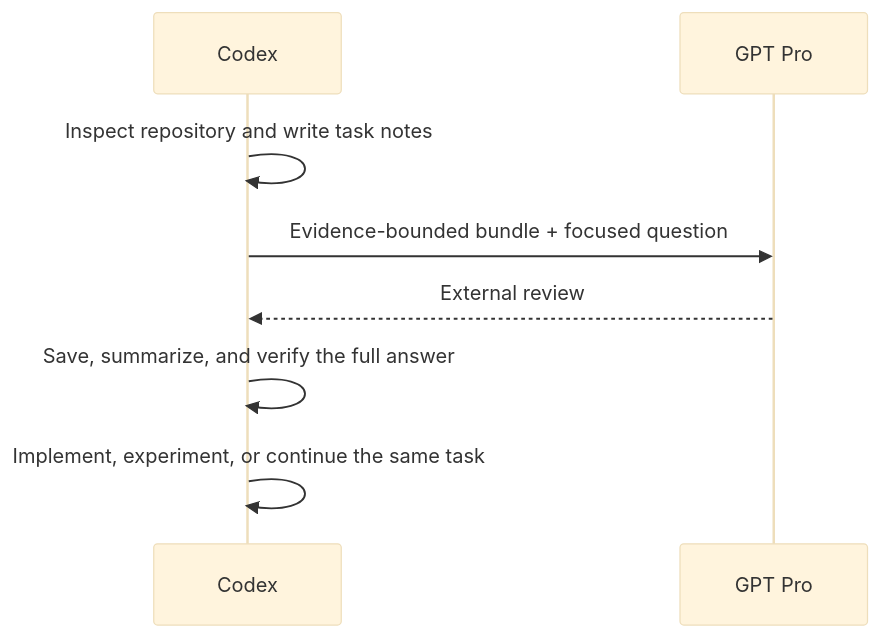
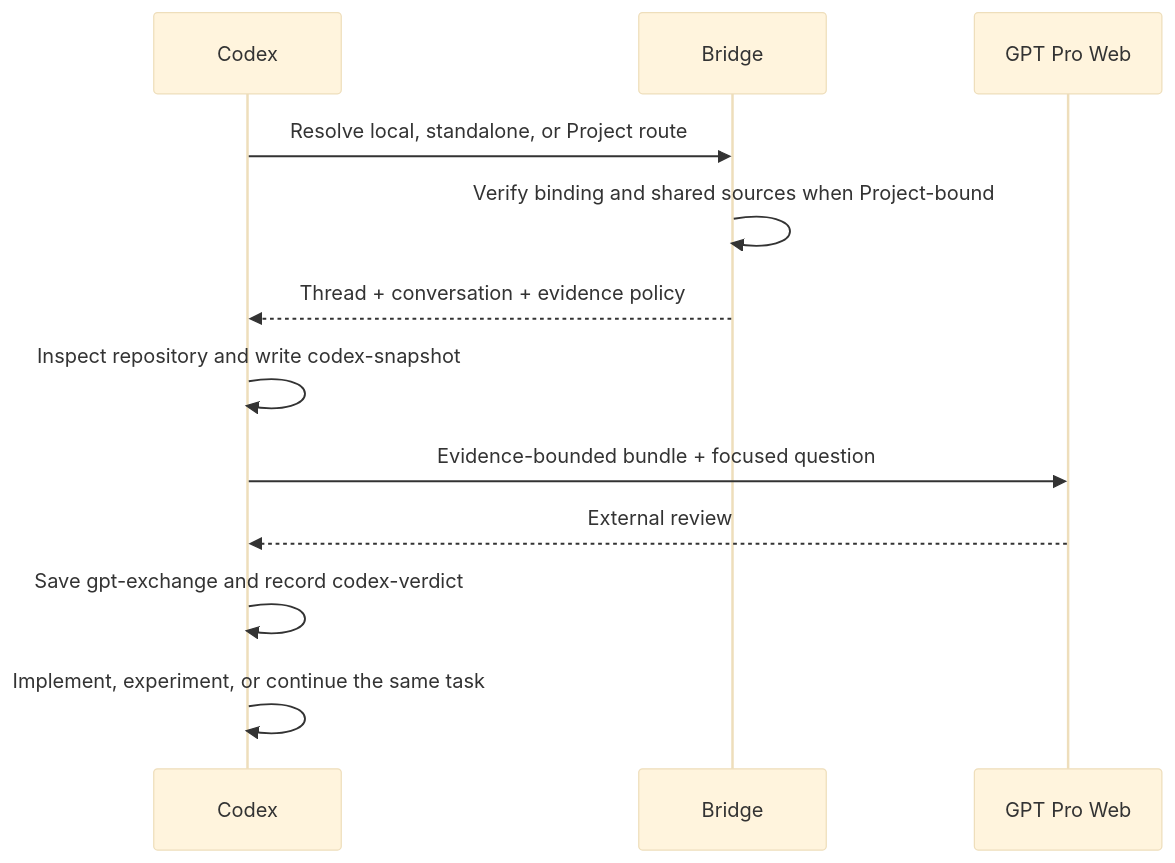
One commit to WILLOSCAR/codex-pro-bridge changed the first of 2 diagrams in README.md. Above: the diagram before and after it, drawn with Mermaid (base theme). The commit also changed other lines of this file and 35 other files, not shown here.

Commit message:
Add project-aware bridge workflow

````diff
--- a/README.md
+++ b/README.md
@@ -55,10 +57,14 @@
 ```mermaid
 sequenceDiagram
   participant C as Codex
-  participant G as GPT Pro
-  C->>C: Inspect repository and write task notes
+  participant B as Bridge
+  participant G as GPT Pro Web
+  C->>B: Resolve local, standalone, or Project route
+  B->>B: Verify binding and shared sources when Project-bound
+  B-->>C: Thread + conversation + evidence policy
+  C->>C: Inspect repository and write codex-snapshot
   C->>G: Evidence-bounded bundle + focused question
   G-->>C: External review
-  C->>C: Save, summarize, and verify the full answer
+  C->>C: Save gpt-exchange and record codex-verdict
   C->>C: Implement, experiment, or continue the same task
 ```
````
